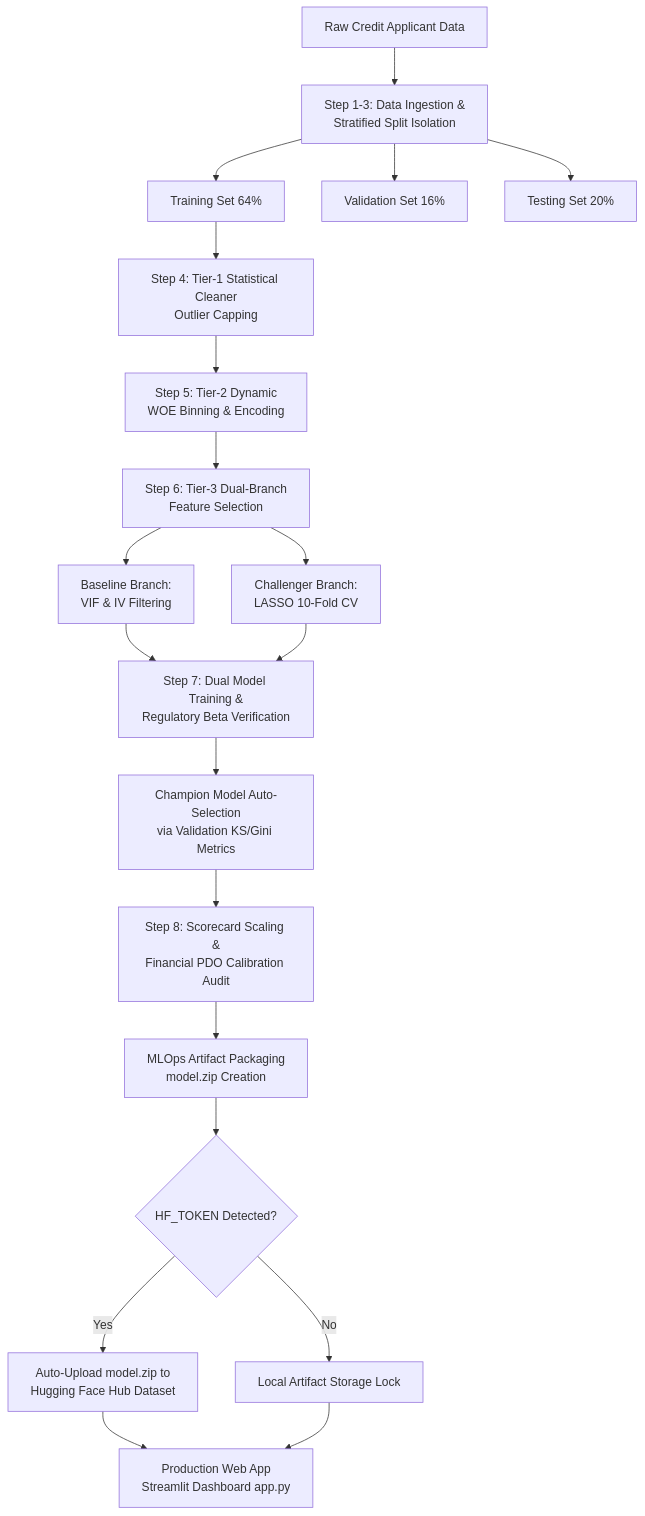
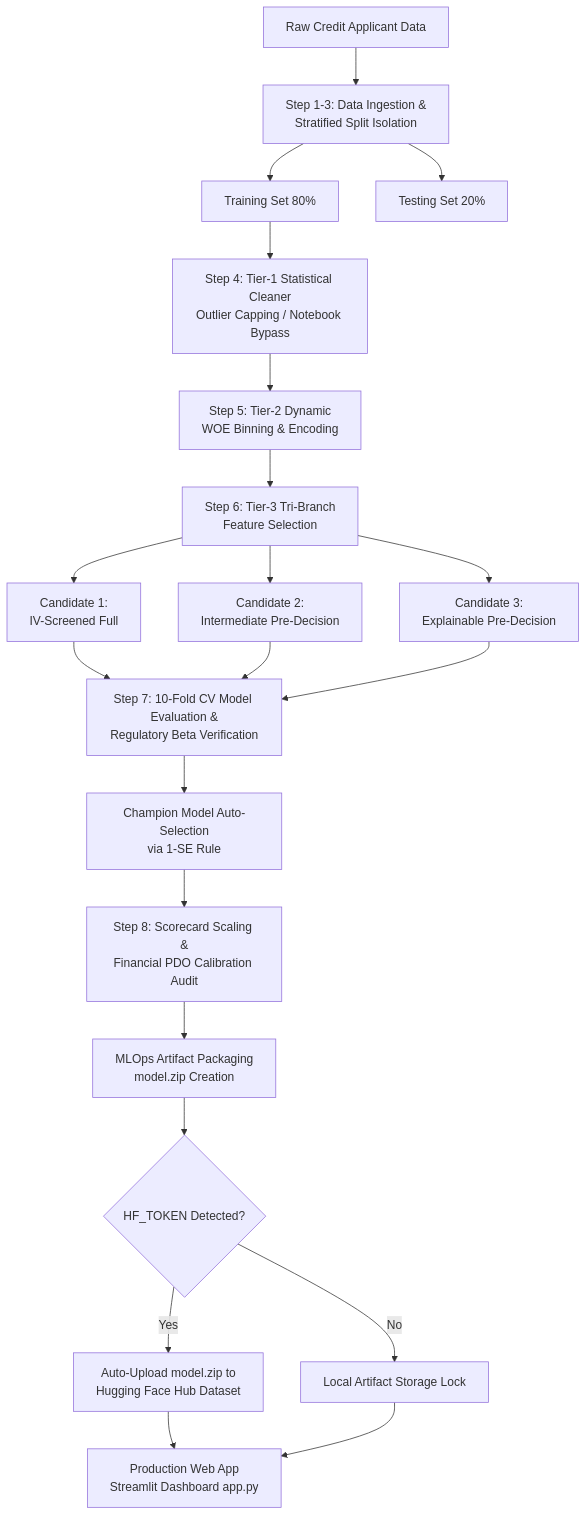
Before and after one commit to AIVIETNAM-AIO-trungcan/Module-2: the diagram in README.md, drawn with Mermaid. The commit also changed other lines of this file and 1 other file, not shown here.

Commit message:
feat(ui): update Streamlit layout, feature grouping, and technical documentation link

````diff
--- a/README.md
+++ b/README.md
@@ -86,29 +86,30 @@
 ```mermaid
 flowchart TD
     A[Raw Credit Applicant Data] --> B[Step 1-3: Data Ingestion &<br>Stratified Split Isolation]
-    B --> TrainSet[Training Set 64%]
-    B --> ValSet[Validation Set 16%]
+    B --> TrainSet[Training Set 80%]
     B --> TestSet[Testing Set 20%]
 
-    TrainSet --> C[Step 4: Tier-1 Statistical Cleaner<br>Outlier Capping]
+    TrainSet --> C[Step 4: Tier-1 Statistical Cleaner<br>Outlier Capping / Notebook Bypass]
     C --> D[Step 5: Tier-2 Dynamic<br>WOE Binning & Encoding]
 
-    D --> E[Step 6: Tier-3 Dual-Branch<br>Feature Selection]
-    E --> F1[Baseline Branch:<br>VIF & IV Filtering]
-    E --> F2[Challenger Branch:<br>LASSO 10-Fold CV]
+    D --> E[Step 6: Tier-3 Tri-Branch<br>Feature Selection]
+    E --> F1[Candidate 1:<br>IV-Screened Full]
+    E --> F2[Candidate 2:<br>Intermediate Pre-Decision]
+    E --> F3[Candidate 3:<br>Explainable Pre-Decision]
 
-    F1 --> G[Step 7: Dual Model Training &<br>Regulatory Beta Verification]
+    F1 --> G[Step 7: 10-Fold CV Model Evaluation &<br>Regulatory Beta Verification]
     F2 --> G
+    F3 --> G
 
-    G --> H[Champion Model Auto-Selection<br>via Validation KS/Gini Metrics]
+    G --> H[Champion Model Auto-Selection<br>via 1-SE Rule]
 
     H --> I[Step 8: Scorecard Scaling &<br>Financial PDO Calibration Audit]
     I --> J[MLOps Artifact Packaging<br>model.zip Creation]
 
     J --> K{HF_TOKEN Detected?}
     K -- Yes --> L[Auto-Upload model.zip to<br>Hugging Face Hub Dataset]
     K -- No --> M[Local Artifact Storage Lock]
 
     L --> N[Production Web App<br>Streamlit Dashboard app.py]
     M --> N
 ```
````
